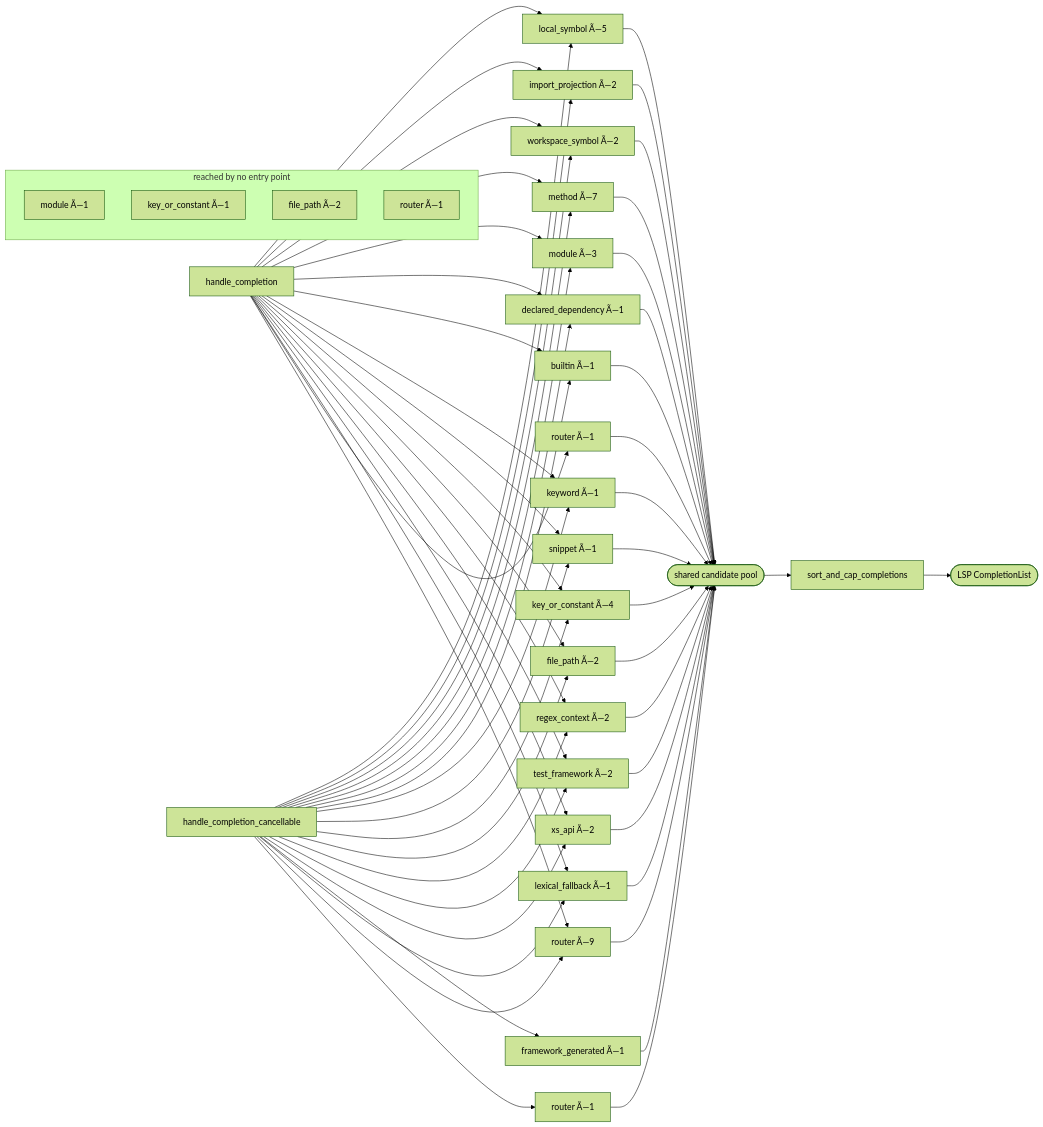
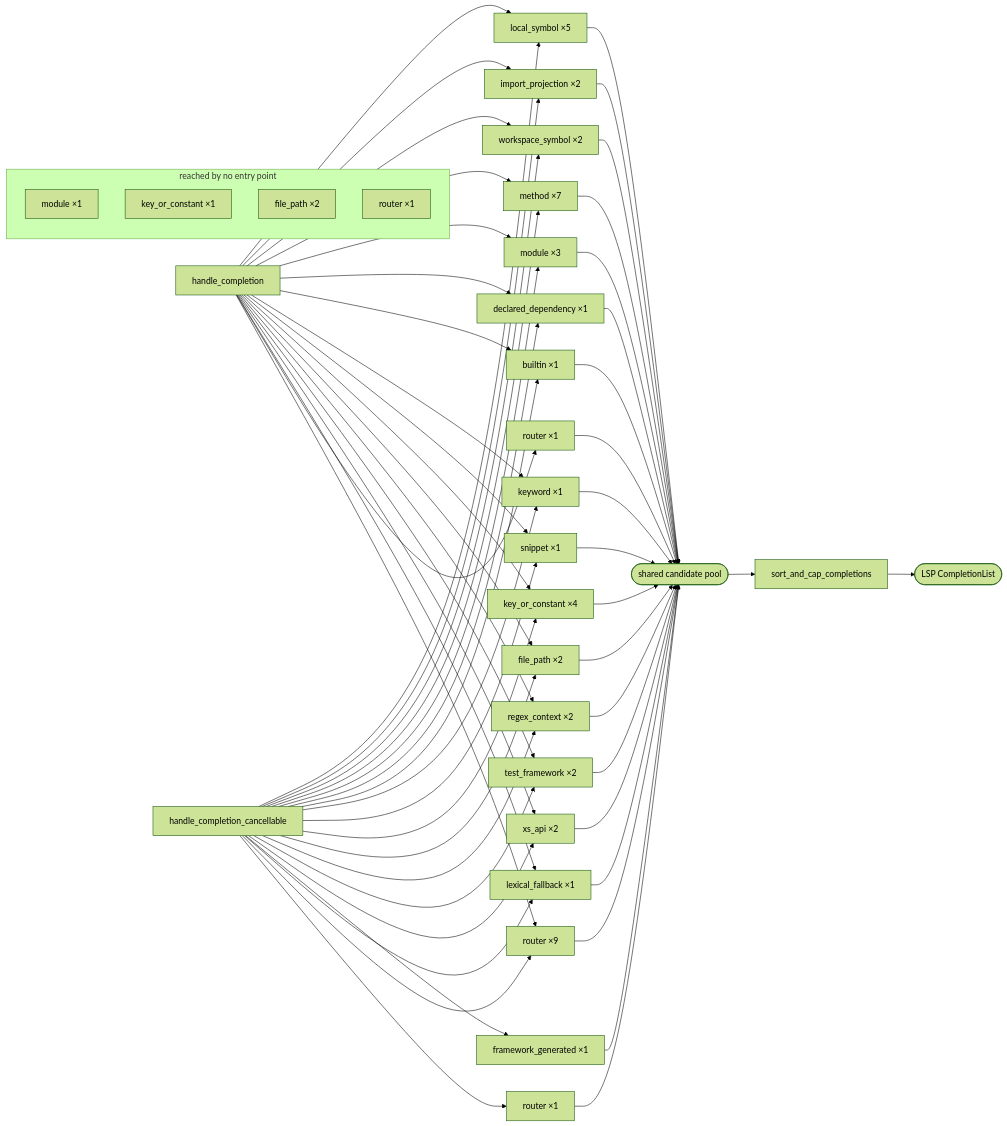
The diagram in docs/architecture/completion-candidate-producers.md (EffortlessMetrics/perl-lsp-swarm), drawn with Mermaid (forest theme) before and after one commit. The commit also changed other lines of this file and 4 other files, not shown here.

Commit message:
style(completion): format reviewed repair and restore UTF-8 projection (#16962)

````diff
--- a/docs/architecture/completion-candidate-producers.md
+++ b/docs/architecture/completion-candidate-producers.md
@@ -166,85 +166,85 @@
   pool(["shared candidate pool"])
   final["sort_and_cap_completions"]
   wire(["LSP CompletionList"])
-  nlocal_symbol_handle_completion_handle_completion_cancellable["local_symbol Ã—5"]
+  nlocal_symbol_handle_completion_handle_completion_cancellable["local_symbol ×5"]
   nhandle_completion --> nlocal_symbol_handle_completion_handle_completion_cancellable
   nhandle_completion_cancellable --> nlocal_symbol_handle_completion_handle_completion_cancellable
   nlocal_symbol_handle_completion_handle_completion_cancellable --> pool
-  nimport_projection_handle_completion_handle_completion_cancellable["import_projection Ã—2"]
+  nimport_projection_handle_completion_handle_completion_cancellable["import_projection ×2"]
   nhandle_completion --> nimport_projection_handle_completion_handle_completion_cancellable
   nhandle_completion_cancellable --> nimport_projection_handle_completion_handle_completion_cancellable
   nimport_projection_handle_completion_handle_completion_cancellable --> pool
-  nworkspace_symbol_handle_completion_handle_completion_cancellable["workspace_symbol Ã—2"]
+  nworkspace_symbol_handle_completion_handle_completion_cancellable["workspace_symbol ×2"]
   nhandle_completion --> nworkspace_symbol_handle_completion_handle_completion_cancellable
   nhandle_completion_cancellable --> nworkspace_symbol_handle_completion_handle_completion_cancellable
   nworkspace_symbol_handle_completion_handle_completion_cancellable --> pool
-  nmethod_handle_completion_handle_completion_cancellable["method Ã—7"]
+  nmethod_handle_completion_handle_completion_cancellable["method ×7"]
   nhandle_completion --> nmethod_handle_completion_handle_completion_cancellable
   nhandle_completion_cancellable --> nmethod_handle_completion_handle_completion_cancellable
   nmethod_handle_completion_handle_completion_cancellable --> pool
-  nmodule_handle_completion_handle_completion_cancellable["module Ã—3"]
+  nmodule_handle_completion_handle_completion_cancellable["module ×3"]
   nhandle_completion --> nmodule_handle_completion_handle_completion_cancellable
   nhandle_completion_cancellable --> nmodule_handle_completion_handle_completion_cancellable
   nmodule_handle_completion_handle_completion_cancellable --> pool
-  ndeclared_dependency_handle_completion_handle_completion_cancellable["declared_dependency Ã—1"]
+  ndeclared_dependency_handle_completion_handle_completion_cancellable["declared_dependency ×1"]
   nhandle_completion --> ndeclared_dependency_handle_completion_handle_completion_cancellable
   nhandle_completion_cancellable --> ndeclared_dependency_handle_completion_handle_completion_cancellable
   ndeclared_dependency_handle_completion_handle_completion_cancellable --> pool
-  nbuiltin_handle_completion_handle_completion_cancellable["builtin Ã—1"]
+  nbuiltin_handle_completion_handle_completion_cancellable["builtin ×1"]
   nhandle_completion --> nbuiltin_handle_completion_handle_completion_cancellable
   nhandle_completion_cancellable --> nbuiltin_handle_completion_handle_completion_cancellable
   nbuiltin_handle_completion_handle_completion_cancellable --> pool
-  nkeyword_handle_completion_handle_completion_cancellable["keyword Ã—1"]
+  nkeyword_handle_completion_handle_completion_cancellable["keyword ×1"]
   nhandle_completion --> nkeyword_handle_completion_handle_completion_cancellable
   nhandle_completion_cancellable --> nkeyword_handle_completion_handle_completion_cancellable
   nkeyword_handle_completion_handle_completion_cancellable --> pool
-  nsnippet_handle_completion_handle_completion_cancellable["snippet Ã—1"]
+  nsnippet_handle_completion_handle_completion_cancellable["snippet ×1"]
   nhandle_completion --> nsnippet_handle_completion_handle_completion_cancellable
   nhandle_completion_cancellable --> nsnippet_handle_completion_handle_completion_cancellable
   nsnippet_handle_completion_handle_completion_cancellable --> pool
-  nkey_or_constant_handle_completion_handle_completion_cancellable["key_or_constant Ã—4"]
+  nkey_or_constant_handle_completion_handle_completion_cancellable["key_or_constant ×4"]
   nhandle_completion --> nkey_or_constant_handle_completion_handle_completion_cancellable
   nhandle_completion_cancellable --> nkey_or_constant_handle_completion_handle_completion_cancellable
   nkey_or_constant_handle_completion_handle_completion_cancellable --> pool
-  nfile_path_handle_completion_handle_completion_cancellable["file_path Ã—2"]
+  nfile_path_handle_completion_handle_completion_cancellable["file_path ×2"]
   nhandle_completion --> nfile_path_handle_completion_handle_completion_cancellable
   nhandle_completion_cancellable --> nfile_path_handle_completion_handle_completion_cancellable
   nfile_path_handle_completion_handle_completion_cancellable --> pool
-  nregex_context_handle_completion_handle_completion_cancellable["regex_context Ã—2"]
+  nregex_context_handle_completion_handle_completion_cancellable["regex_context ×2"]
   nhandle_completion --> nregex_context_handle_completion_handle_completion_cancellable
   nhandle_completion_cancellable --> nregex_context_handle_completion_handle_completion_cancellable
   nregex_context_handle_completion_handle_completion_cancellable --> pool
-  ntest_framework_handle_completion_handle_completion_cancellable["test_framework Ã—2"]
+  ntest_framework_handle_completion_handle_completion_cancellable["test_framework ×2"]
   nhandle_completion --> ntest_framework_handle_completion_handle_completion_cancellable
   nhandle_completion_cancellable --> ntest_framework_handle_completion_handle_completion_cancellable
   ntest_framework_handle_completion_handle_completion_cancellable --> pool
-  nxs_api_handle_completion_handle_completion_cancellable["xs_api Ã—2"]
+  nxs_api_handle_completion_handle_completion_cancellable["xs_api ×2"]
   nhandle_completion --> nxs_api_handle_completion_handle_completion_cancellable
   nhandle_completion_cancellable --> nxs_api_handle_completion_handle_completion_cancellable
   nxs_api_handle_completion_handle_completion_cancellable --> pool
-  nframework_generated_handle_completion_cancellable["framework_generated Ã—1"]
+  nframework_generated_handle_completion_cancellable["framework_generated ×1"]
   nhandle_completion_cancellable --> nframework_generated_handle_completion_cancellable
   nframework_generated_handle_completion_cancellable --> pool
-  nlexical_fallback_handle_completion_handle_completion_cancellable["lexical_fallback Ã—1"]
+  nlexical_fallback_handle_completion_handle_completion_cancellable["lexical_fallback ×1"]
   nhandle_completion --> nlexical_fallback_handle_completion_handle_completion_cancellable
   nhandle_completion_cancellable --> nlexical_fallback_handle_completion_handle_completion_cancellable
   nlexical_fallback_handle_completion_handle_completion_cancellable --> pool
-  nrouter_handle_completion["router Ã—1"]
+  nrouter_handle_completion["router ×1"]
   nhandle_completion --> nrouter_handle_completion
   nrouter_handle_completion --> pool
-  nrouter_handle_completion_handle_completion_cancellable["router Ã—9"]
+  nrouter_handle_completion_handle_completion_cancellable["router ×9"]
   nhandle_completion --> nrouter_handle_completion_handle_completion_cancellable
   nhandle_completion_cancellable --> nrouter_handle_completion_handle_completion_cancellable
   nrouter_handle_completion_handle_completion_cancellable --> pool
-  nrouter_handle_completion_cancellable["router Ã—1"]
+  nrouter_handle_completion_cancellable["router ×1"]
   nhandle_completion_cancellable --> nrouter_handle_completion_cancellable
   nrouter_handle_completion_cancellable --> pool
   pool --> final
   final --> wire
   subgraph unreached ["reached by no entry point"]
-    nunreached_module["module Ã—1"]
-    nunreached_key_or_constant["key_or_constant Ã—1"]
-    nunreached_file_path["file_path Ã—2"]
-    nunreached_router["router Ã—1"]
+    nunreached_module["module ×1"]
+    nunreached_key_or_constant["key_or_constant ×1"]
+    nunreached_file_path["file_path ×2"]
+    nunreached_router["router ×1"]
   end
 ```
````
